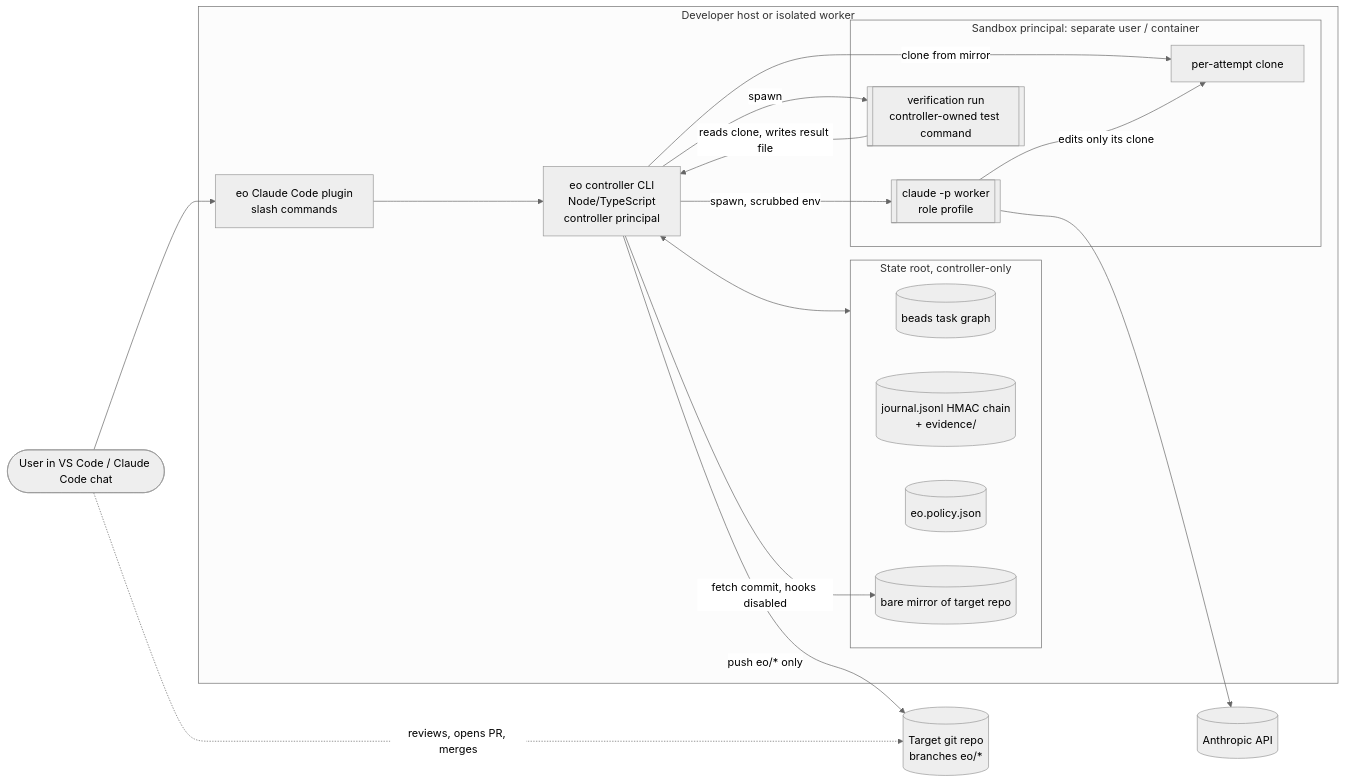
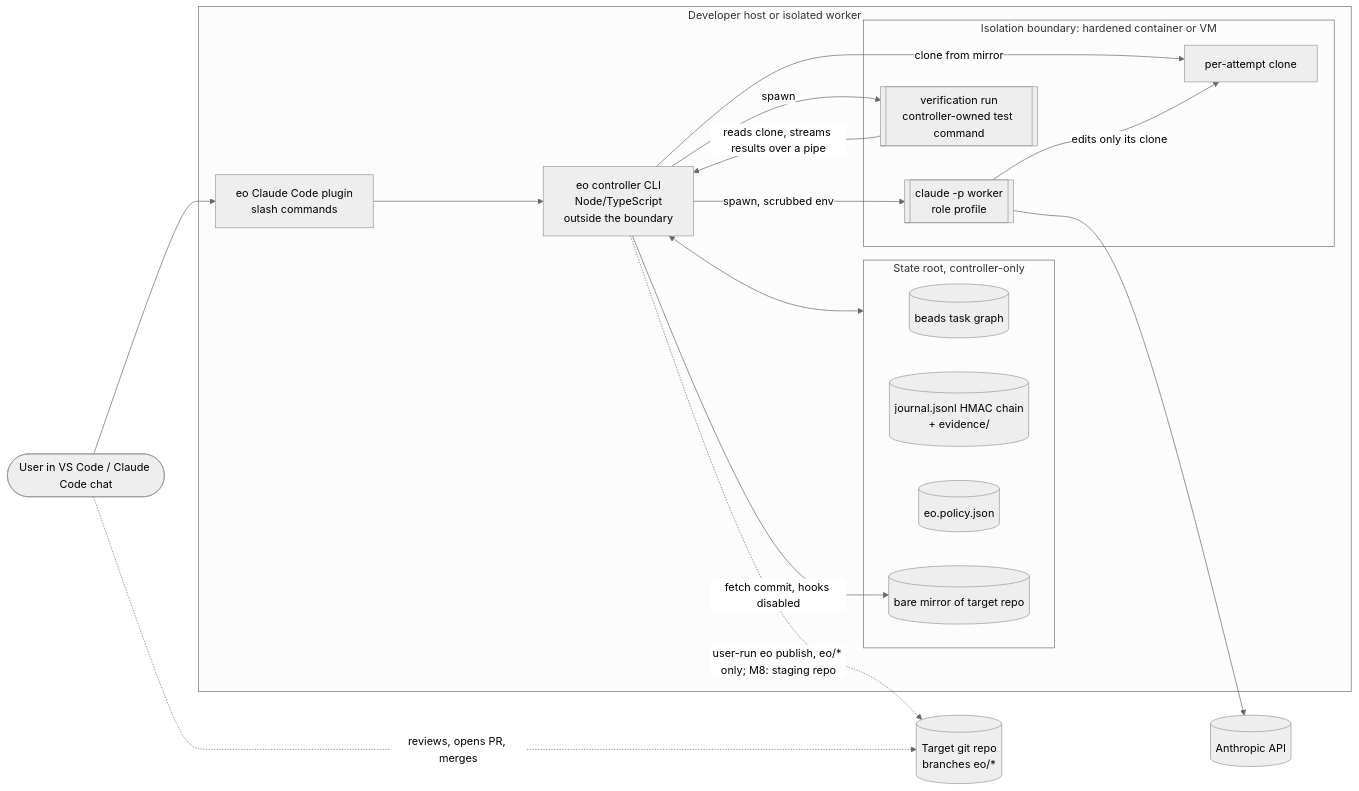
Before and after one commit to Rockhelljumper/Engineering-Orchestrator: the first of 2 diagrams in docs/02-architecture.md, drawn with Mermaid (neutral theme). The commit also changed other lines of this file and 8 other files, not shown here.

````diff
--- a/docs/02-architecture.md
+++ b/docs/02-architecture.md
@@ -18,32 +18,32 @@
 ```mermaid
 flowchart LR
   user([User in VS Code / Claude Code chat])
   subgraph host[Developer host or isolated worker]
     plugin[eo Claude Code plugin\nslash commands]
-    ctl[eo controller CLI\nNode/TypeScript\ncontroller principal]
+    ctl[eo controller CLI\nNode/TypeScript\noutside the boundary]
     subgraph sroot[State root, controller-only]
       store[(beads task graph)]
       journal[(journal.jsonl HMAC chain\n+ evidence/)]
       policy[(eo.policy.json)]
       mirror[(bare mirror of target repo)]
     end
-    subgraph sandbox[Sandbox principal: separate user / container]
+    subgraph sandbox[Isolation boundary: hardened container or VM]
       ws[per-attempt clone]
       w1[[claude -p worker\nrole profile]]
       vr[[verification run\ncontroller-owned test command]]
     end
   end
   repo[(Target git repo\nbranches eo/*)]
   api[(Anthropic API)]
   user --> plugin --> ctl
   ctl <--> sroot
   ctl -- clone from mirror --> ws
   ctl -- spawn, scrubbed env --> w1
   ctl -- spawn --> vr
   w1 -- edits only its clone --> ws
-  vr -- reads clone, writes result file --> ctl
+  vr -- reads clone, streams results over a pipe --> ctl
   w1 --> api
   ctl -- fetch commit, hooks disabled --> mirror
-  ctl -- push eo/* only --> repo
+  ctl -. user-run eo publish, eo/* only; M8: staging repo .-> repo
   user -. reviews, opens PR, merges .-> repo
 ```
````
